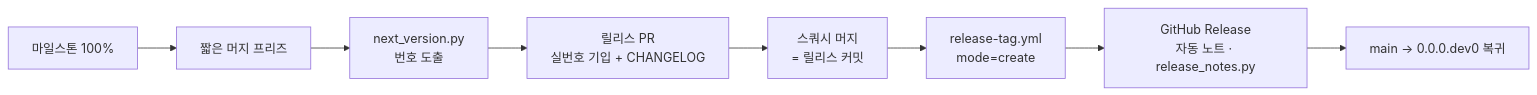
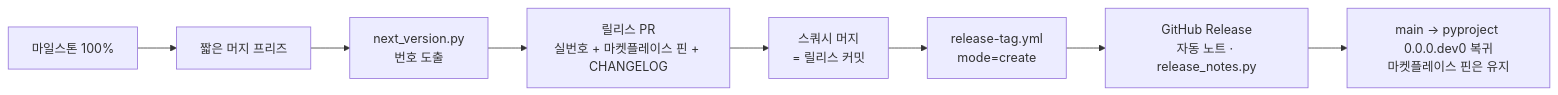
One commit to pmmm114/okf-wiki-plugin changed the diagram in docs/releasing.md. Above: the diagram before and after it, drawn with Mermaid. The commit also changed other lines of this file and 5 other files, not shown here.

First line of the commit message:
feat(marketplace): 마켓플레이스 버전 핀 시스템 — git 태그 동기 게이트 + 릴리스 헬퍼

````diff
--- a/docs/releasing.md
+++ b/docs/releasing.md
@@ -108,10 +120,10 @@
 ```mermaid
 flowchart LR
   M[마일스톤 100%] --> F[짧은 머지 프리즈]
   F --> V[next_version.py<br/>번호 도출]
-  V --> R[릴리스 PR<br/>실번호 기입 + CHANGELOG]
+  V --> R[릴리스 PR<br/>실번호 + 마켓플레이스 핀 + CHANGELOG]
   R --> S[스쿼시 머지<br/>= 릴리스 커밋]
   S --> T[release-tag.yml<br/>mode=create]
   T --> G[GitHub Release<br/>자동 노트 · release_notes.py]
-  G --> N[main → 0.0.0.dev0 복귀]
+  G --> N[main → pyproject 0.0.0.dev0 복귀<br/>마켓플레이스 핀은 유지]
 ```
````
